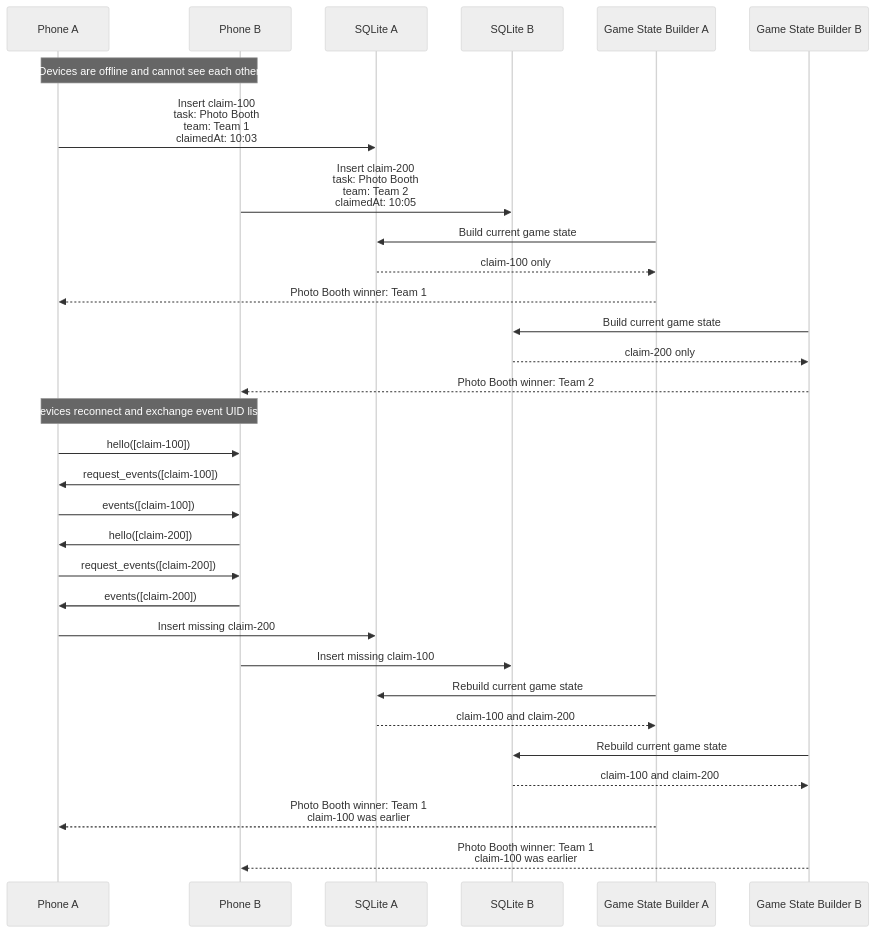
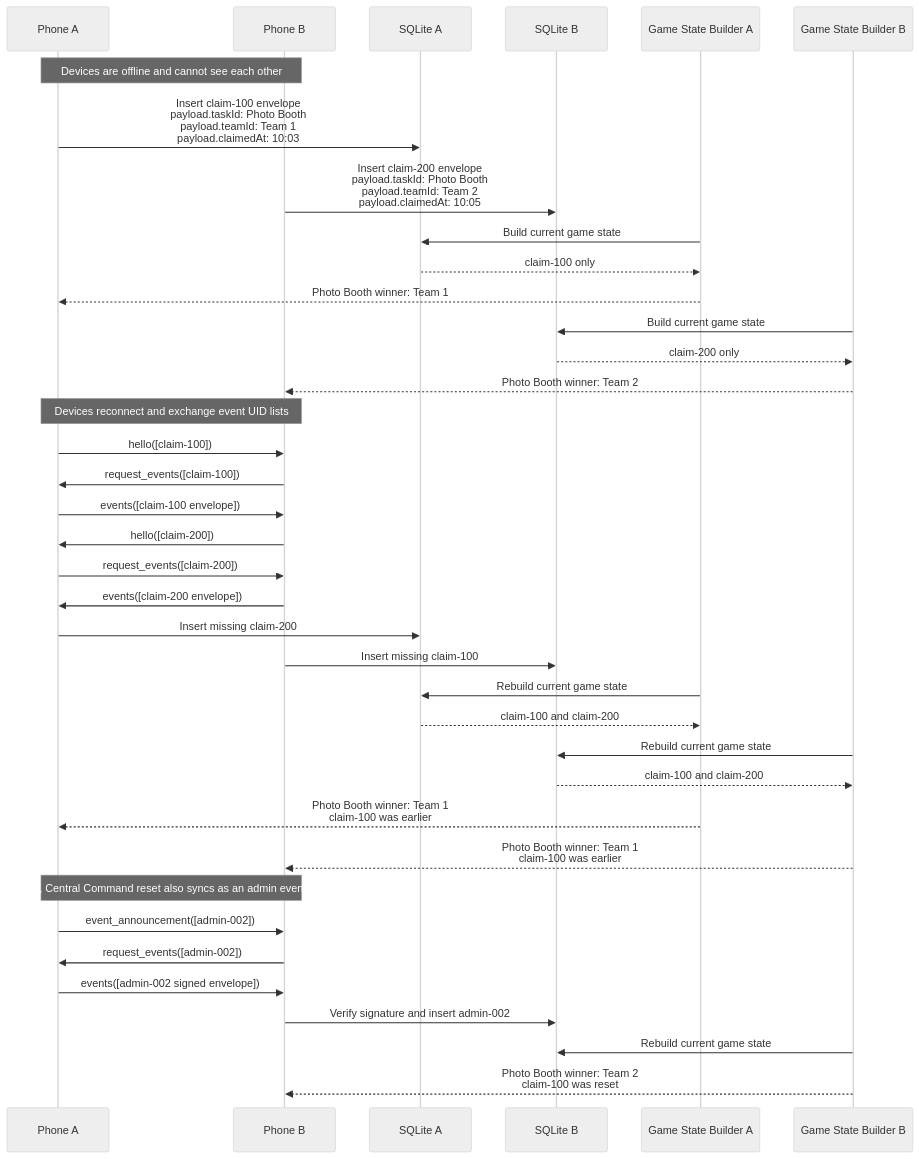
One commit to Gabriel-Gerdes/HumanHaunt changed the third of 5 diagrams in docs/design-doc-v1.md. Above: the diagram before and after it, drawn with Mermaid (neutral theme). The commit also changed other lines of this file, not shown here.

Commit message:
update the Mermaid diagram

````diff
--- a/docs/design-doc-v1.md
+++ b/docs/design-doc-v1.md
@@ -491,36 +507,44 @@
 ```mermaid
 sequenceDiagram
   participant A as Phone A
   participant B as Phone B
   participant StoreA as SQLite A
   participant StoreB as SQLite B
   participant BuilderA as Game State Builder A
   participant BuilderB as Game State Builder B
 
   Note over A,B: Devices are offline and cannot see each other
-  A->>StoreA: Insert claim-100<br/>task: Photo Booth<br/>team: Team 1<br/>claimedAt: 10:03
-  B->>StoreB: Insert claim-200<br/>task: Photo Booth<br/>team: Team 2<br/>claimedAt: 10:05
+  A->>StoreA: Insert claim-100 envelope<br/>payload.taskId: Photo Booth<br/>payload.teamId: Team 1<br/>payload.claimedAt: 10:03
+  B->>StoreB: Insert claim-200 envelope<br/>payload.taskId: Photo Booth<br/>payload.teamId: Team 2<br/>payload.claimedAt: 10:05
   BuilderA->>StoreA: Build current game state
   StoreA-->>BuilderA: claim-100 only
   BuilderA-->>A: Photo Booth winner: Team 1
   BuilderB->>StoreB: Build current game state
   StoreB-->>BuilderB: claim-200 only
   BuilderB-->>B: Photo Booth winner: Team 2
 
   Note over A,B: Devices reconnect and exchange event UID lists
   A->>B: hello([claim-100])
   B->>A: request_events([claim-100])
-  A->>B: events([claim-100])
+  A->>B: events([claim-100 envelope])
   B->>A: hello([claim-200])
   A->>B: request_events([claim-200])
-  B->>A: events([claim-200])
+  B->>A: events([claim-200 envelope])
 
   A->>StoreA: Insert missing claim-200
   B->>StoreB: Insert missing claim-100
   BuilderA->>StoreA: Rebuild current game state
   StoreA-->>BuilderA: claim-100 and claim-200
   BuilderB->>StoreB: Rebuild current game state
   StoreB-->>BuilderB: claim-100 and claim-200
   BuilderA-->>A: Photo Booth winner: Team 1<br/>claim-100 was earlier
   BuilderB-->>B: Photo Booth winner: Team 1<br/>claim-100 was earlier
+
+  Note over A,B: Later, Central Command reset also syncs as an admin event UID
+  A->>B: event_announcement([admin-002])
+  B->>A: request_events([admin-002])
+  A->>B: events([admin-002 signed envelope])
+  B->>StoreB: Verify signature and insert admin-002
+  BuilderB->>StoreB: Rebuild current game state
+  BuilderB-->>B: Photo Booth winner: Team 2<br/>claim-100 was reset
 ```
````
